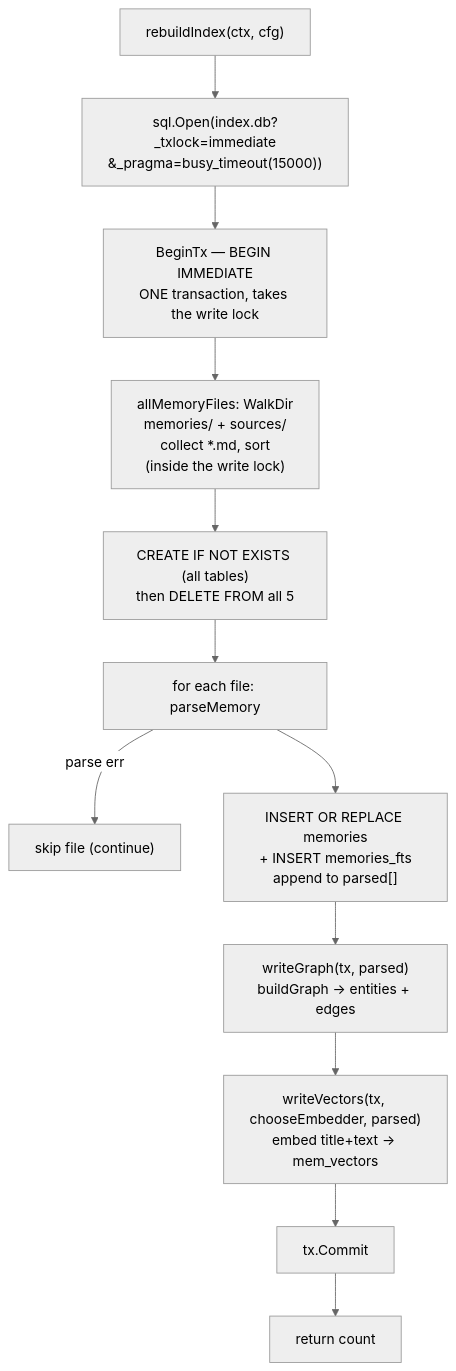
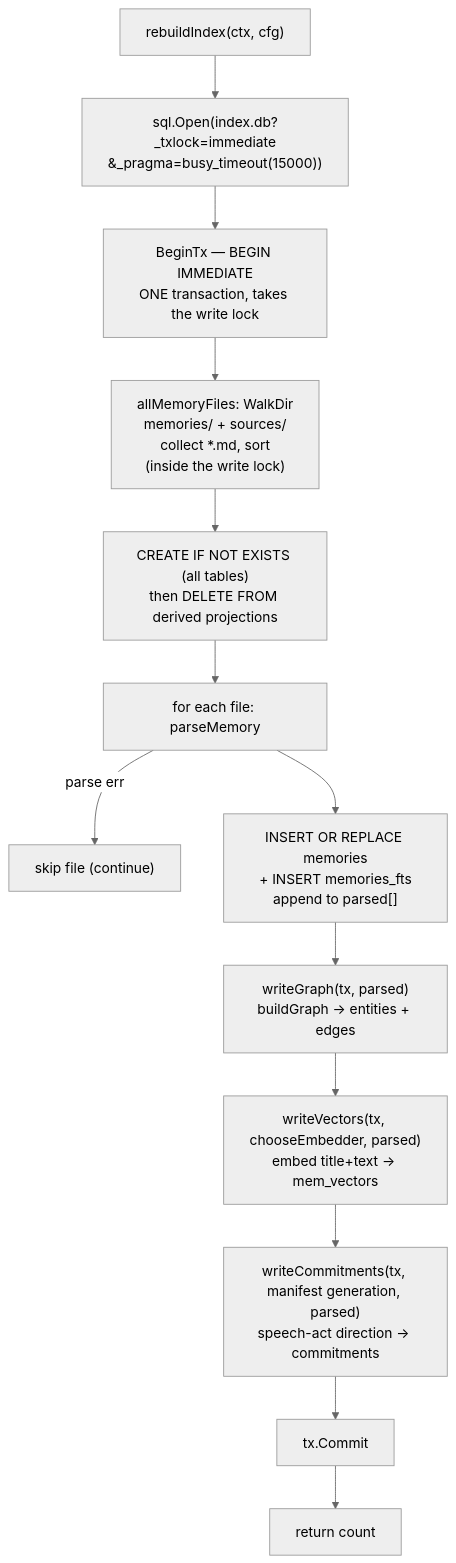
Before and after one commit to pyranthus-hq/mora: the fourth of 4 diagrams in docs/architecture/01-data-model-and-storage.md, drawn with Mermaid (neutral theme). The commit also changed other lines of this file and 18 other files, not shown here.

````diff
--- a/docs/architecture/01-data-model-and-storage.md
+++ b/docs/architecture/01-data-model-and-storage.md
@@ -216,14 +225,15 @@
 ```mermaid
 flowchart TD
     START["rebuildIndex(ctx, cfg)"] --> OPEN["sql.Open(index.db?_txlock=immediate<br/>&_pragma=busy_timeout(15000))"]
     OPEN --> TX["BeginTx — BEGIN IMMEDIATE<br/>ONE transaction, takes the write lock"]
     TX --> WALK["allMemoryFiles: WalkDir<br/>memories/ + sources/<br/>collect *.md, sort<br/>(inside the write lock)"]
-    WALK --> DDL["CREATE IF NOT EXISTS (all tables)<br/>then DELETE FROM all 5"]
+    WALK --> DDL["CREATE IF NOT EXISTS (all tables)<br/>then DELETE FROM derived projections"]
     DDL --> LOOP["for each file: parseMemory"]
     LOOP -->|"parse err"| SKIPF["skip file (continue)"]
     LOOP --> INS["INSERT OR REPLACE memories<br/>+ INSERT memories_fts<br/>append to parsed[]"]
     INS --> GRAPH["writeGraph(tx, parsed)<br/>buildGraph → entities + edges"]
     GRAPH --> VEC["writeVectors(tx, chooseEmbedder, parsed)<br/>embed title+text → mem_vectors"]
-    VEC --> COMMIT["tx.Commit"]
+    VEC --> OBL["writeCommitments(tx, manifest generation, parsed)<br/>speech-act direction → commitments"]
+    OBL --> COMMIT["tx.Commit"]
     COMMIT --> N["return count"]
 ```
````
